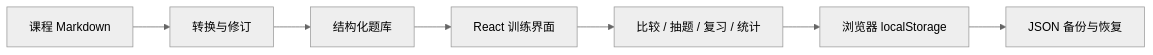
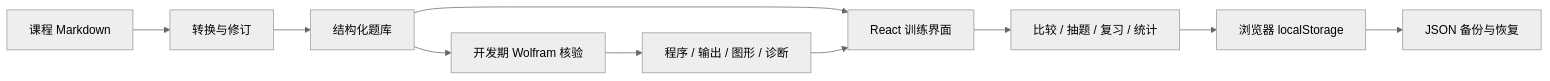
The diagram in README.md (HNNUYUXUAN/PhysDrill), drawn with Mermaid (neutral theme) before and after one commit. The commit also changed other lines of this file and 268 other files, not shown here.

````diff
--- a/README.md
+++ b/README.md
@@ -69,9 +96,12 @@
 ```mermaid
 flowchart LR
   Source[课程 Markdown] --> Convert[转换与修订]
   Convert --> Bank[结构化题库]
   Bank --> App[React 训练界面]
+  Bank --> WL[开发期 Wolfram 核验]
+  WL --> Evidence[程序 / 输出 / 图形 / 诊断]
+  Evidence --> App
   App --> Core[比较 / 抽题 / 复习 / 统计]
   Core --> Local[浏览器 localStorage]
   Local --> Backup[JSON 备份与恢复]
 ```
````
